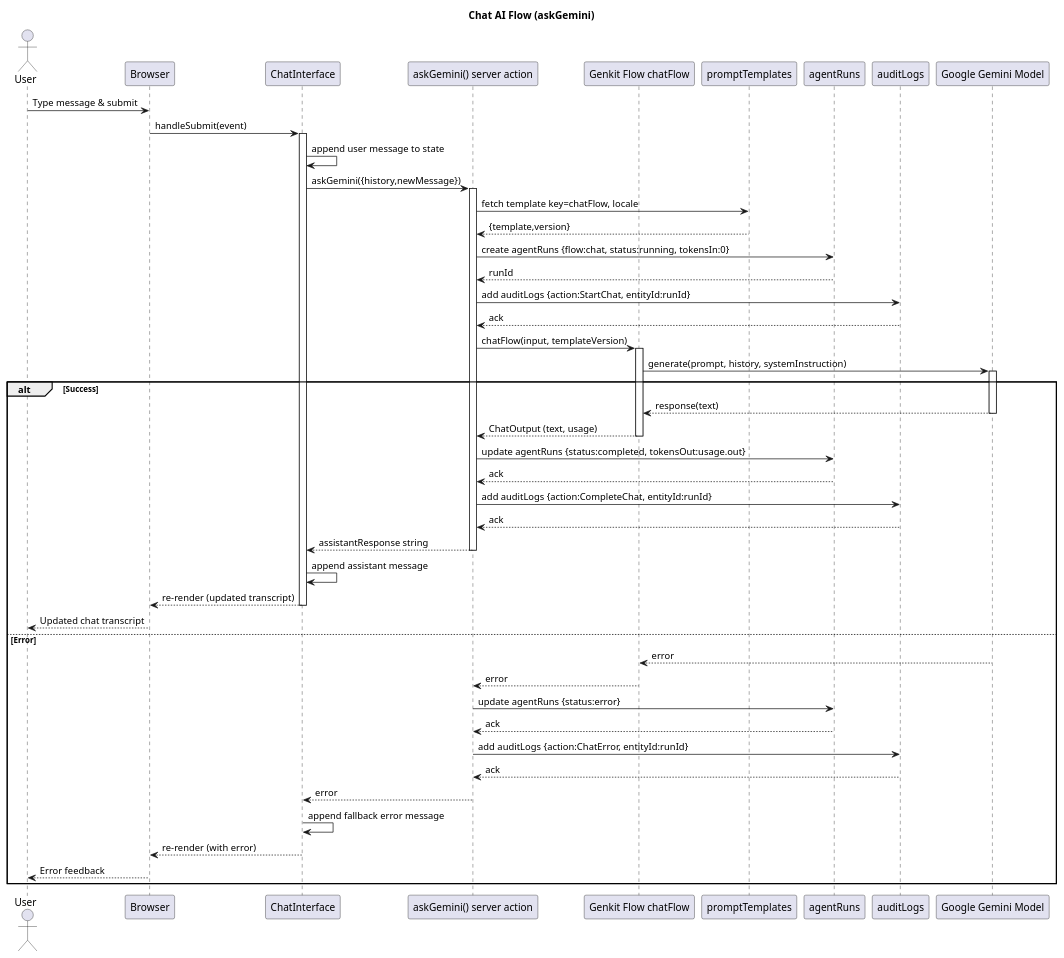
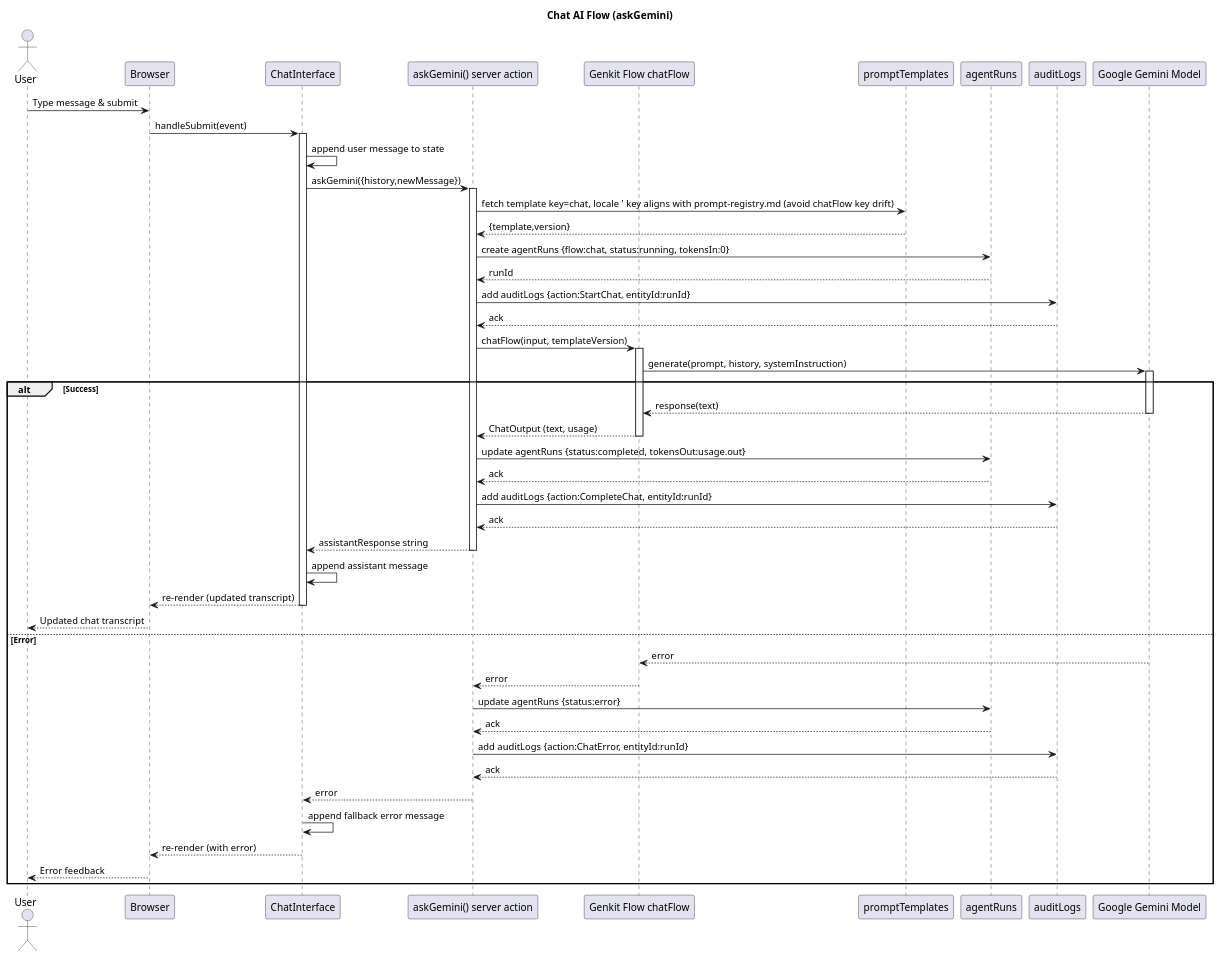
The diagram in docs/sequence-diagrams/chat-flow.puml (AdithyaSean/govconnect-sl), drawn with PlantUML before and after one commit. The commit also changed 9 other files, not shown here.

Commit message:
feat: Update documentation for checkpoints, data model, and automation flows

```diff
--- a/docs/sequence-diagrams/chat-flow.puml
+++ b/docs/sequence-diagrams/chat-flow.puml
@@ -1,63 +1,63 @@
 @startuml chat_flow
 title Chat AI Flow (askGemini)
 ' =====================================================================
 ' Chat AI Flow (askGemini)
 ' =====================================================================
 actor User
 participant Browser as FE
 participant "ChatInterface" as UI
 participant "askGemini() server action" as Action
 participant "Genkit Flow chatFlow" as Flow
 participant PT as "promptTemplates"
 participant AR as "agentRuns"
 participant AUD as "auditLogs"
 participant "Google Gemini Model" as LLM
 
 User -> FE: Type message & submit
 FE -> UI: handleSubmit(event)
 activate UI
 UI -> UI: append user message to state
 UI -> Action: askGemini({history,newMessage})
 activate Action
-Action -> PT: fetch template key=chatFlow, locale
+Action -> PT: fetch template key=chat, locale  ' key aligns with prompt-registry.md (avoid chatFlow key drift)
 PT --> Action: {template,version}
 Action -> AR: create agentRuns {flow:chat, status:running, tokensIn:0}
 AR --> Action: runId
 Action -> AUD: add auditLogs {action:StartChat, entityId:runId}
 AUD --> Action: ack
 Action -> Flow: chatFlow(input, templateVersion)
 activate Flow
 Flow -> LLM: generate(prompt, history, systemInstruction)
 activate LLM
 alt Success
 	LLM --> Flow: response(text)
 	deactivate LLM
 	Flow --> Action: ChatOutput (text, usage)
 	deactivate Flow
 	Action -> AR: update agentRuns {status:completed, tokensOut:usage.out}
 	AR --> Action: ack
 	Action -> AUD: add auditLogs {action:CompleteChat, entityId:runId}
 	AUD --> Action: ack
 	Action --> UI: assistantResponse string
 	deactivate Action
 	UI -> UI: append assistant message
 	UI --> FE: re-render (updated transcript)
 	deactivate UI
 	FE --> User: Updated chat transcript
 else Error
 	LLM --> Flow: error
 	deactivate LLM
 	Flow --> Action: error
 	deactivate Flow
 	Action -> AR: update agentRuns {status:error}
 	AR --> Action: ack
 	Action -> AUD: add auditLogs {action:ChatError, entityId:runId}
 	AUD --> Action: ack
 	Action --> UI: error
 	deactivate Action
 	UI -> UI: append fallback error message
 	UI --> FE: re-render (with error)
 	deactivate UI
 	FE --> User: Error feedback
 end
 @enduml
```
